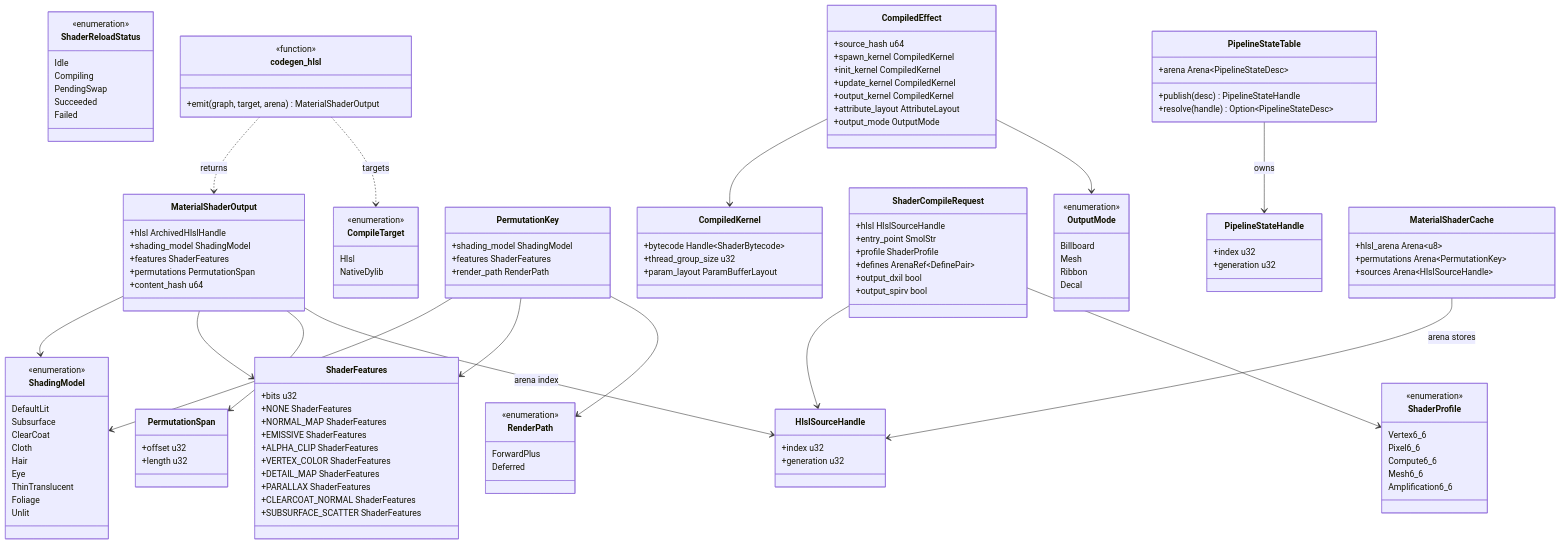
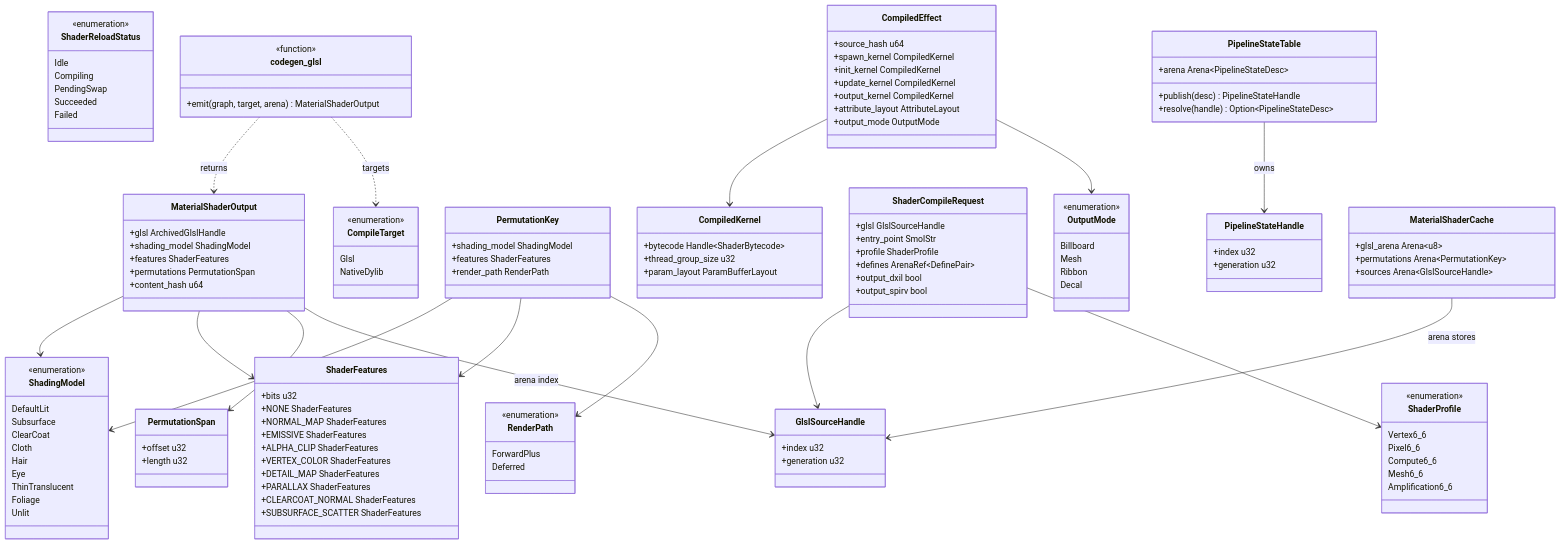
The first of 2 diagrams in docs/design/integration/rendering-scripting.md (harmonius-dev/harmonius), drawn with Mermaid before and after one commit. The commit also changed other lines of this file and 128 other files, not shown here.

````diff
--- a/docs/design/integration/rendering-scripting.md
+++ b/docs/design/integration/rendering-scripting.md
@@ -123,7 +123,7 @@
 
     class CompileTarget {
         <<enumeration>>
-        Hlsl
+        Glsl
         NativeDylib
     }
 
@@ -172,7 +172,7 @@
         +render_path RenderPath
     }
 
-    class HlslSourceHandle {
+    class GlslSourceHandle {
         +index u32
         +generation u32
     }
@@ -183,7 +183,7 @@
     }
 
     class MaterialShaderOutput {
-        +hlsl ArchivedHlslHandle
+        +glsl ArchivedGlslHandle
         +shading_model ShadingModel
         +features ShaderFeatures
         +permutations PermutationSpan
@@ -191,7 +191,7 @@
     }
 
     class ShaderCompileRequest {
-        +hlsl HlslSourceHandle
+        +glsl GlslSourceHandle
         +entry_point SmolStr
         +profile ShaderProfile
         +defines ArenaRef~DefinePair~
@@ -227,12 +227,12 @@
     }
 
     class MaterialShaderCache {
-        +hlsl_arena Arena~u8~
+        +glsl_arena Arena~u8~
         +permutations Arena~PermutationKey~
-        +sources Arena~HlslSourceHandle~
+        +sources Arena~GlslSourceHandle~
     }
 
-    class codegen_hlsl {
+    class codegen_glsl {
         <<function>>
         +emit(graph, target, arena) MaterialShaderOutput
     }
@@ -240,8 +240,8 @@
     MaterialShaderOutput --> ShadingModel
     MaterialShaderOutput --> ShaderFeatures
     MaterialShaderOutput --> PermutationSpan
-    MaterialShaderOutput --> HlslSourceHandle : arena index
-    ShaderCompileRequest --> HlslSourceHandle
+    MaterialShaderOutput --> GlslSourceHandle : arena index
+    ShaderCompileRequest --> GlslSourceHandle
     ShaderCompileRequest --> ShaderProfile
     PermutationKey --> ShadingModel
     PermutationKey --> ShaderFeatures
@@ -249,7 +249,7 @@
     CompiledEffect --> CompiledKernel
     CompiledEffect --> OutputMode
     PipelineStateTable --> PipelineStateHandle : owns
-    MaterialShaderCache --> HlslSourceHandle : arena stores
-    codegen_hlsl ..> MaterialShaderOutput : returns
-    codegen_hlsl ..> CompileTarget : targets
+    MaterialShaderCache --> GlslSourceHandle : arena stores
+    codegen_glsl ..> MaterialShaderOutput : returns
+    codegen_glsl ..> CompileTarget : targets
 ```
````
